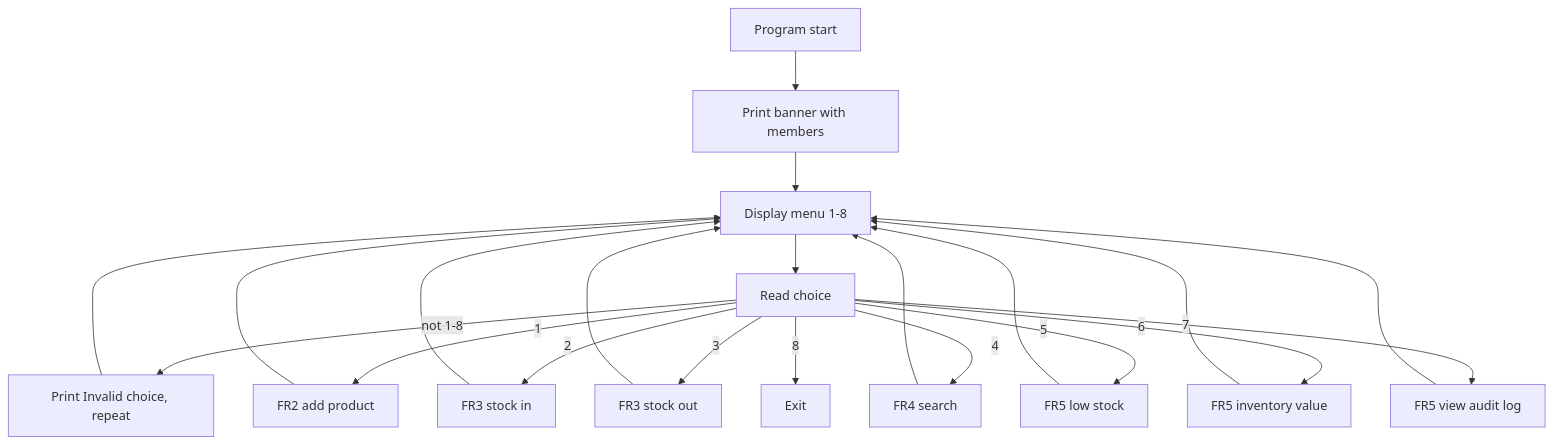
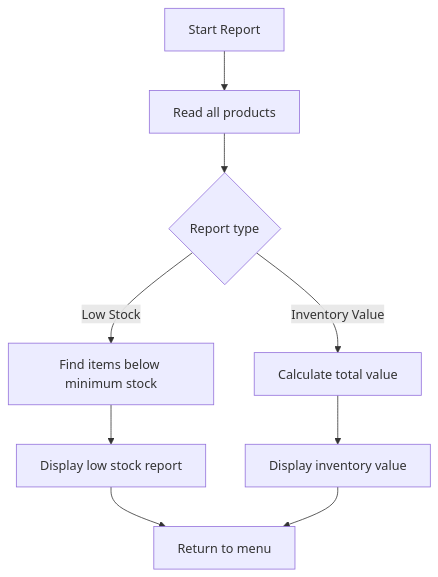
Before and after one commit to PrakDararith22/inventory-camtech: the sixth of 7 diagrams in docs/feature.md, drawn with Mermaid. The commit also changed other lines of this file, not shown here.

Commit message:
Fixing: flowchart

````diff
--- a/docs/feature.md
+++ b/docs/feature.md
@@ -561,23 +536,11 @@
 ```mermaid
 flowchart TD
-    A[Program start] --> B[Print banner with members]
-    B --> C[Display menu 1-8]
-    C --> D[Read choice]
-    D -->|not 1-8| E[Print Invalid choice, repeat]
-    E --> C
-    D -->|1| F[FR2 add product]
-    D -->|2| G[FR3 stock in]
-    D -->|3| H[FR3 stock out]
-    D -->|4| I[FR4 search]
-    D -->|5| J[FR5 low stock]
-    D -->|6| K[FR5 inventory value]
-    D -->|7| L[FR5 view audit log]
-    D -->|8| M[Exit]
-    F --> C
-    G --> C
-    H --> C
-    I --> C
-    J --> C
-    K --> C
-    L --> C
+    A["Start Report"] --> B["Read all products"]
+    B --> C{"Report type"}
+    C -->|Low Stock| D["Find items below minimum stock"]
+    C -->|Inventory Value| E["Calculate total value"]
+    D --> F["Display low stock report"]
+    E --> G["Display inventory value"]
+    F --> H["Return to menu"]
+    G --> H
 ```
````
